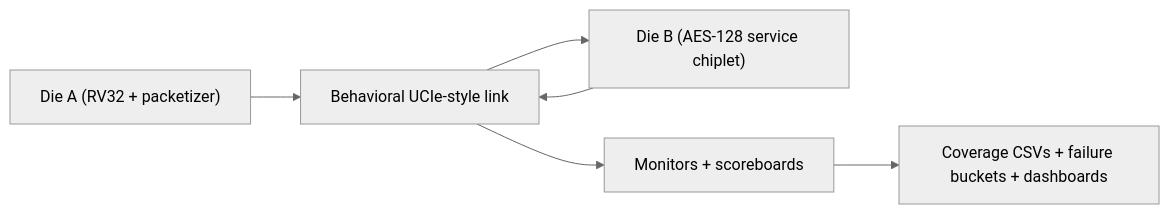
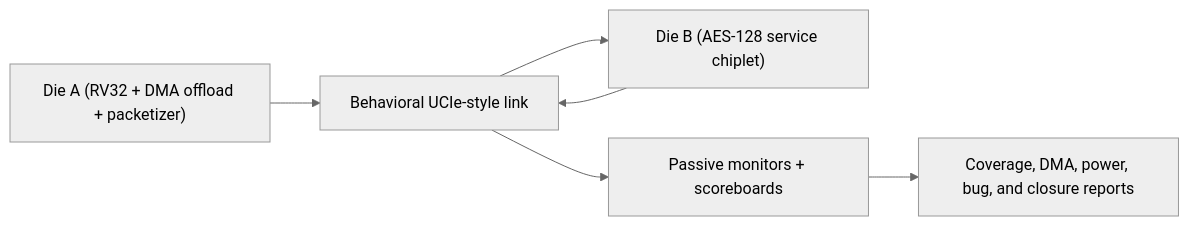
One commit to ed766/ucie_chiplet_soc changed the diagram in README.md. Above: the diagram before and after it, drawn with Mermaid (neutral theme). The commit also changed other lines of this file and 276 other files, not shown here.

````diff
--- a/README.md
+++ b/README.md
@@ -13,8 +17,8 @@
 ```mermaid
 flowchart LR
-    A["Die A (RV32 + packetizer)"] --> B["Behavioral UCIe-style link"]
+    A["Die A (RV32 + DMA offload + packetizer)"] --> B["Behavioral UCIe-style link"]
     B --> C["Die B (AES-128 service chiplet)"]
     C --> B
-    B --> D["Monitors + scoreboards"]
-    D --> E["Coverage CSVs + failure buckets + dashboards"]
+    B --> D["Passive monitors + scoreboards"]
+    D --> E["Coverage, DMA, power, bug, and closure reports"]
 ```
````
